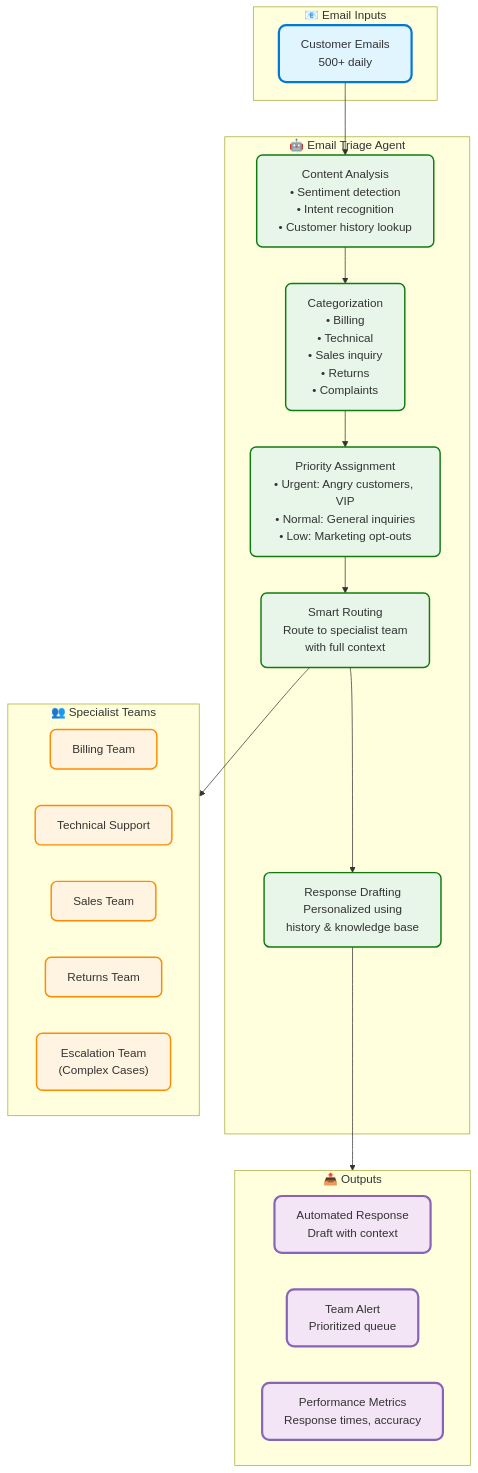
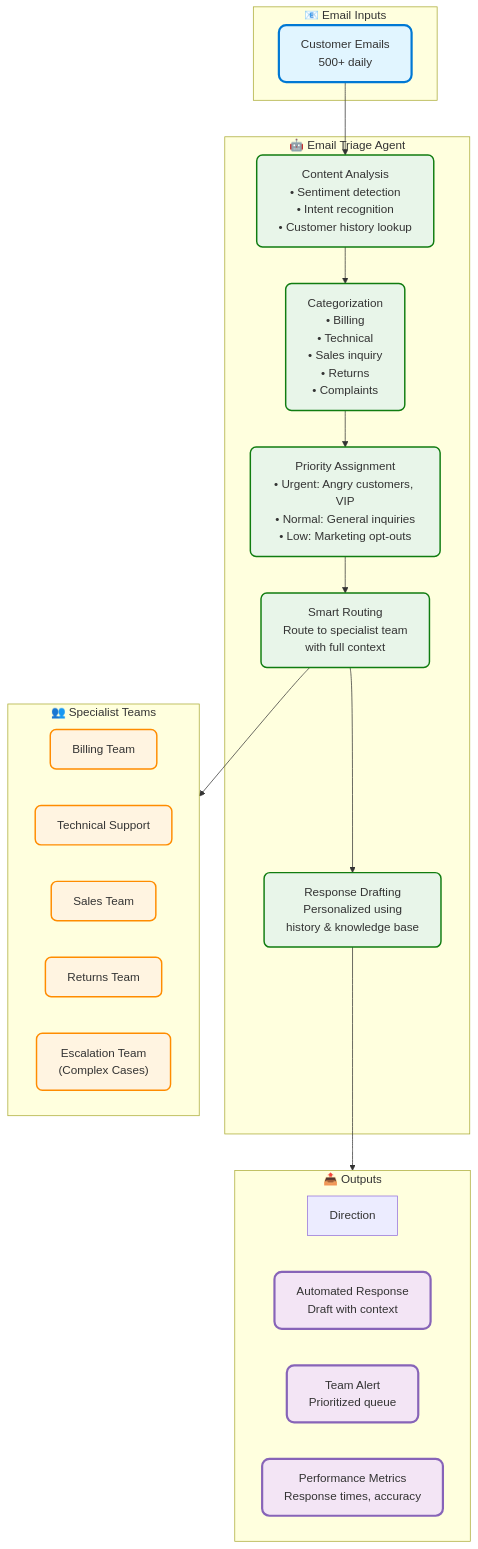
Before and after one commit to ajeetchouksey/ajch_prep_ab_100: the first of 8 diagrams in 01_Plan_AI_Powered_Business_Solutions/01a-03-use-cases-assessment.md, drawn with Mermaid. The commit also changed 2 other files, not shown here.

Commit message:
content added

````diff
--- a/01_Plan_AI_Powered_Business_Solutions/01a-03-use-cases-assessment.md
+++ b/01_Plan_AI_Powered_Business_Solutions/01a-03-use-cases-assessment.md
@@ -78,47 +78,48 @@
 ```mermaid
 flowchart TB
     subgraph Input["📧 Email Inputs"]
         Inbox["Customer Emails<br/>500+ daily"]
     end
     
     subgraph Agent["🤖 Email Triage Agent"]
         Analysis["Content Analysis<br/>• Sentiment detection<br/>• Intent recognition<br/>• Customer history lookup"]
         Categorization["Categorization<br/>• Billing<br/>• Technical<br/>• Sales inquiry<br/>• Returns<br/>• Complaints"]
         Priority["Priority Assignment<br/>• Urgent: Angry customers, VIP<br/>• Normal: General inquiries<br/>• Low: Marketing opt-outs"]
         Routing["Smart Routing<br/>Route to specialist team<br/>with full context"]
         Draft["Response Drafting<br/>Personalized using<br/>history & knowledge base"]
     end
     
     subgraph Teams["👥 Specialist Teams"]
         Billing["Billing Team"]
         Tech["Technical Support"]
         Sales["Sales Team"]
         Returns["Returns Team"]
         Escalation["Escalation Team<br/>(Complex Cases)"]
     end
     
     subgraph Output["📤 Outputs"]
+        Direction
         AutoResponse["Automated Response<br/>Draft with context"]
         Alert["Team Alert<br/>Prioritized queue"]
         Metrics["Performance Metrics<br/>Response times, accuracy"]
     end
     
     Inbox --> Analysis
     Analysis --> Categorization
     Categorization --> Priority
     Priority --> Routing
     Routing --> Draft
     
     Routing --> Teams
     Draft --> Output
     
     classDef inputStyle fill:#e1f5ff,stroke:#0078d4,stroke-width:3px,rx:10,ry:10
     classDef agentStyle fill:#e8f5e9,stroke:#107c10,stroke-width:2px,rx:8,ry:8
     classDef teamStyle fill:#fff4e1,stroke:#ff8c00,stroke-width:2px,rx:8,ry:8
     classDef outputStyle fill:#f3e5f5,stroke:#8764b8,stroke-width:3px,rx:10,ry:10
     
     class Inbox inputStyle
     class Analysis,Categorization,Priority,Routing,Draft agentStyle
     class Billing,Tech,Sales,Returns,Escalation teamStyle
     class AutoResponse,Alert,Metrics outputStyle
 ```
````
